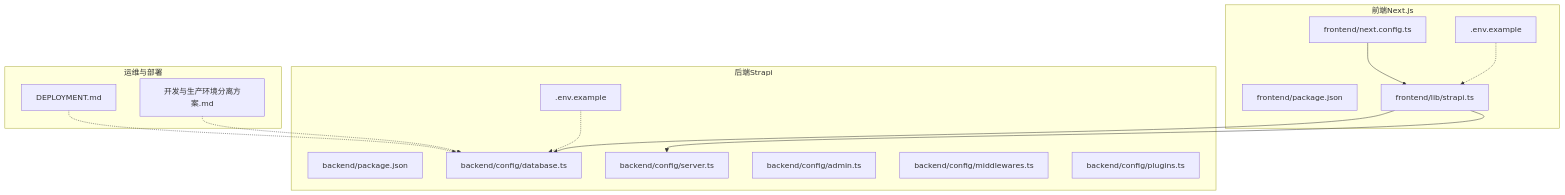
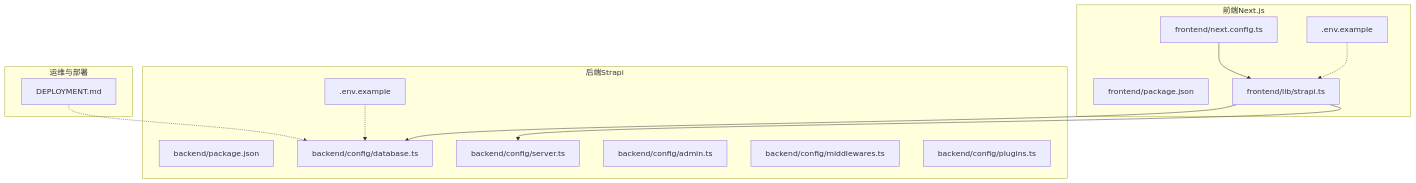
One commit to Will0253/zczk changed the first of 7 diagrams in .qoder/repowiki/zh/content/部署和运维/环境分离策略/环境分离策略.md. Above: the diagram before and after it, drawn with Mermaid. The commit also changed other lines of this file and 13 other files, not shown here.

````diff
--- a/.qoder/repowiki/zh/content/部署和运维/环境分离策略/环境分离策略.md
+++ b/.qoder/repowiki/zh/content/部署和运维/环境分离策略/环境分离策略.md
@@ -41,29 +49,27 @@
 ```mermaid
 graph TB
 subgraph "前端Next.js"
 FE_PKG["frontend/package.json"]
 FE_STR["frontend/lib/strapi.ts"]
 FE_CFG["frontend/next.config.ts"]
 FE_ENV_EX[".env.example"]
 end
 subgraph "后端Strapi"
 BE_PKG["backend/package.json"]
 BE_DB["backend/config/database.ts"]
 BE_SRV["backend/config/server.ts"]
 BE_ADMIN["backend/config/admin.ts"]
 BE_MW["backend/config/middlewares.ts"]
 BE_PLG["backend/config/plugins.ts"]
 BE_ENV_EX[".env.example"]
 end
 subgraph "运维与部署"
 OPS_DEP["DEPLOYMENT.md"]
-OPS_DEV["开发与生产环境分离方案.md"]
 end
 FE_STR --> BE_DB
 FE_STR --> BE_SRV
 FE_CFG --> FE_STR
 FE_ENV_EX -.-> FE_STR
 BE_ENV_EX -.-> BE_DB
 OPS_DEP -.-> BE_DB
-OPS_DEV -.-> BE_DB
 ```
````
